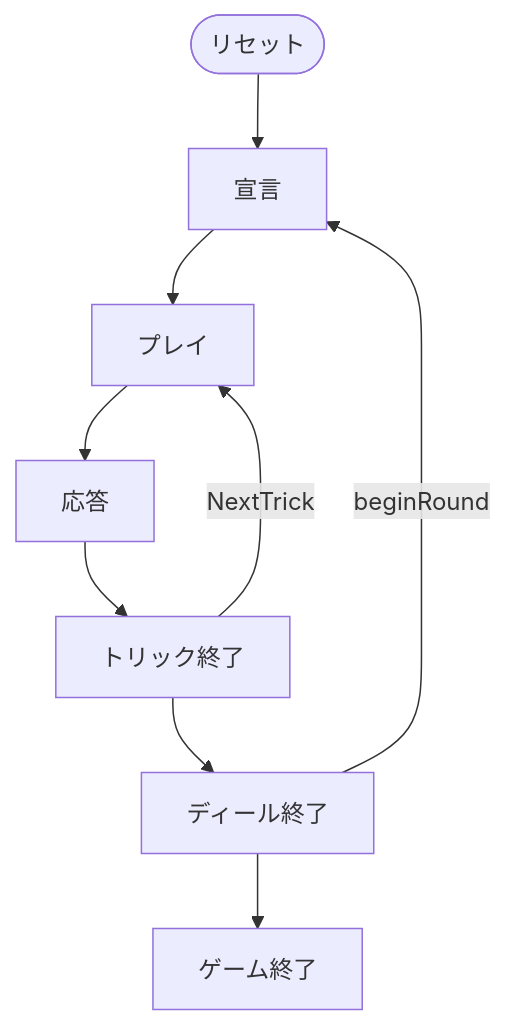
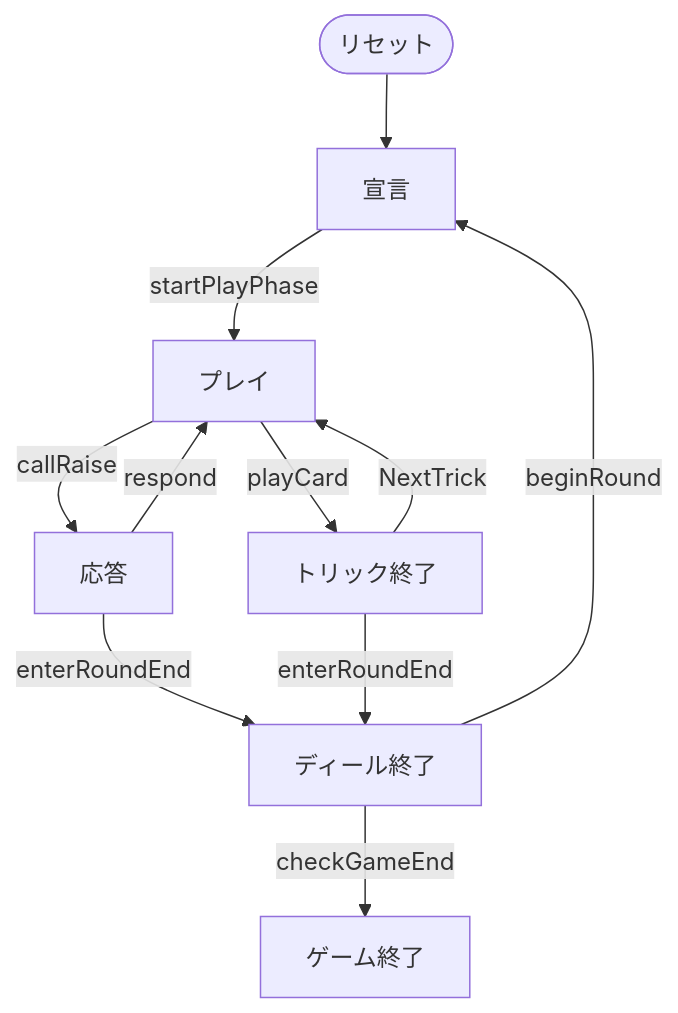
Before and after one commit to yuta-yoshinaga/go_trumpcards: the diagram in docs/manual/cui/watten.md, drawn with Mermaid. The commit also changed 53 other files, not shown here.

````diff
--- a/docs/manual/cui/watten.md
+++ b/docs/manual/cui/watten.md
@@ -54,11 +54,19 @@
 ```mermaid
 flowchart TD
     S(["リセット"]) --> P0
-    P0["宣言"] --> P1["プレイ"]
-    P1["プレイ"] --> P2["応答"]
-    P2["応答"] --> P3["トリック終了"]
-    P3["トリック終了"] --> P4["ディール終了"]
-    P4["ディール終了"] --> P5["ゲーム終了"]
+    P0["宣言"]
+    P1["プレイ"]
+    P2["応答"]
+    P3["トリック終了"]
+    P4["ディール終了"]
+    P5["ゲーム終了"]
+    P4 -->|beginRound| P0
+    P0 -->|startPlayPhase| P1
+    P1 -->|playCard| P3
     P3 -->|NextTrick| P1
-    P4 -->|beginRound| P0
+    P1 -->|callRaise| P2
+    P2 -->|respond| P1
+    P2 -->|enterRoundEnd| P4
+    P3 -->|enterRoundEnd| P4
+    P4 -->|checkGameEnd| P5
 ```
````
